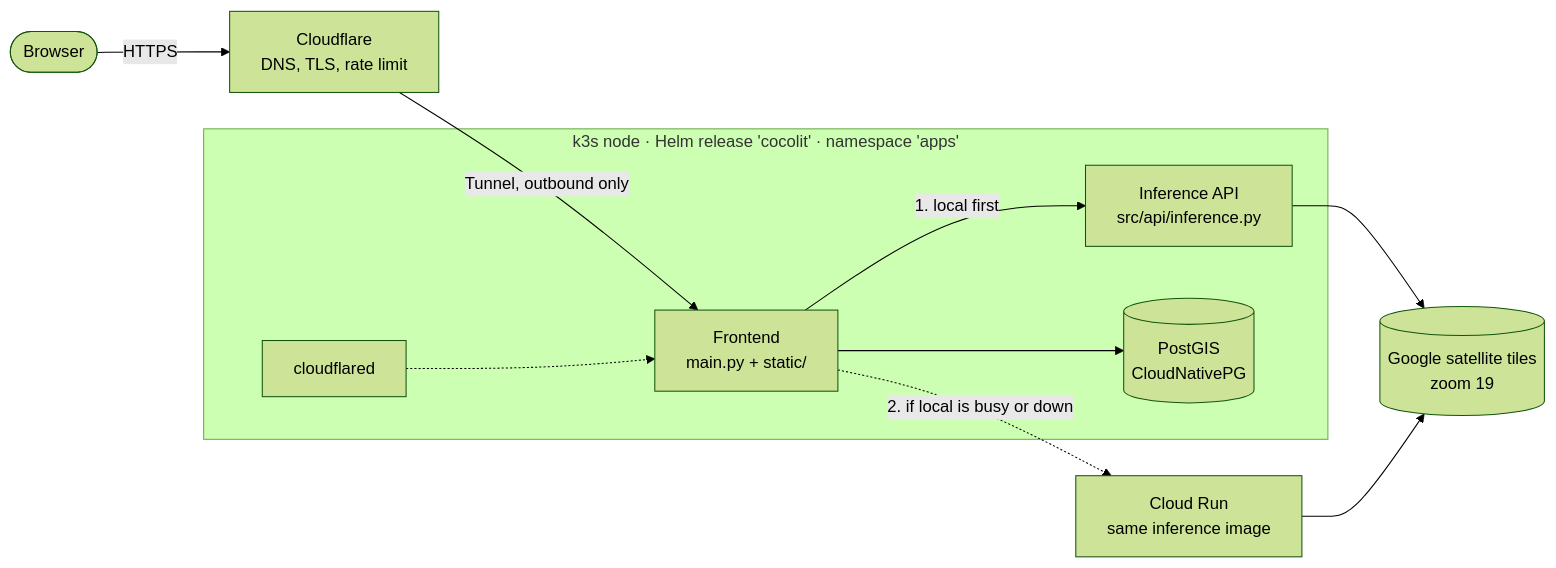
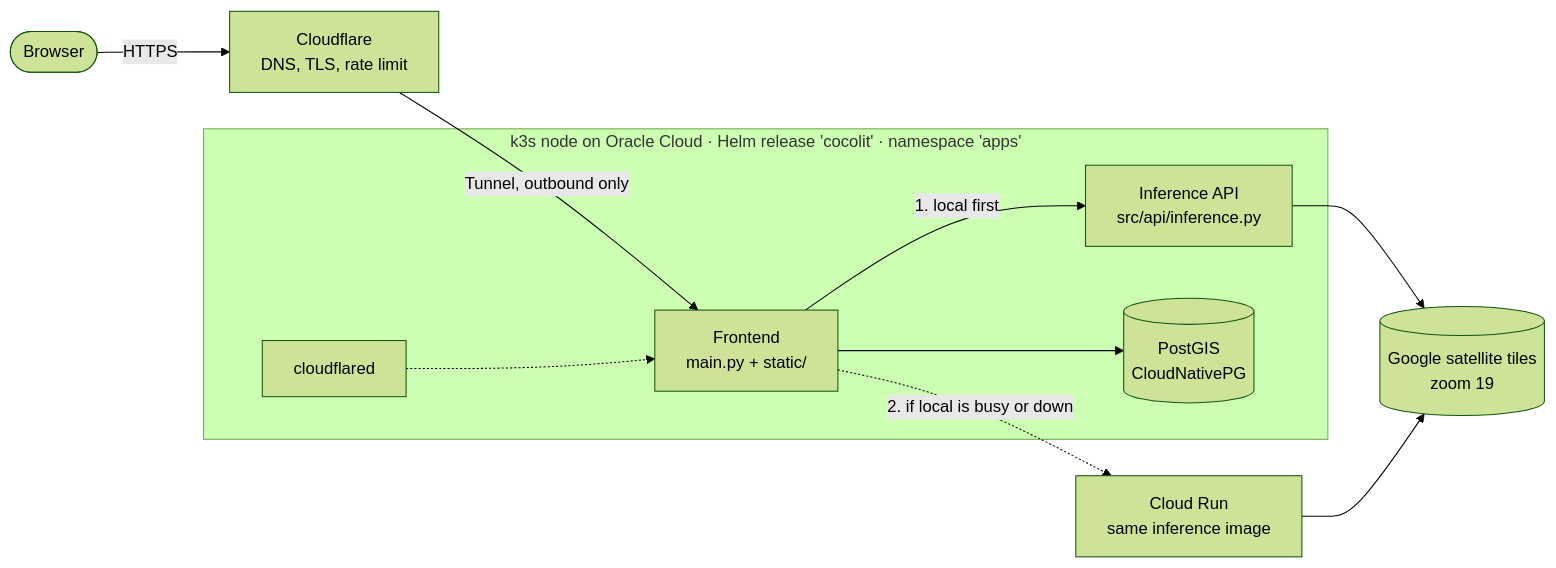
One commit to davnish/cocolit changed the first of 3 diagrams in docs/architecture.md. Above: the diagram before and after it, drawn with Mermaid (forest theme). The commit also changed other lines of this file and 3 other files, not shown here.

Commit message:
docs: the live site runs on Oracle Cloud

````diff
--- a/docs/architecture.md
+++ b/docs/architecture.md
@@ -12,15 +12,15 @@
 ```mermaid
 flowchart LR
     user([Browser]) -->|HTTPS| cf[Cloudflare<br/>DNS, TLS, rate limit]
     cf -->|Tunnel, outbound only| fe
 
-    subgraph k3s["k3s node · Helm release 'cocolit' · namespace 'apps'"]
+    subgraph k3s["k3s node on Oracle Cloud · Helm release 'cocolit' · namespace 'apps'"]
         cfd[cloudflared] -.-> fe
         fe[Frontend<br/>main.py + static/] -->|1. local first| inf[Inference API<br/>src/api/inference.py]
         fe --> db[(PostGIS<br/>CloudNativePG)]
     end
 
     fe -.->|2. if local is busy or down| run[Cloud Run<br/>same inference image]
     inf --> tiles[(Google satellite tiles<br/>zoom 19)]
     run --> tiles
 ```
````
